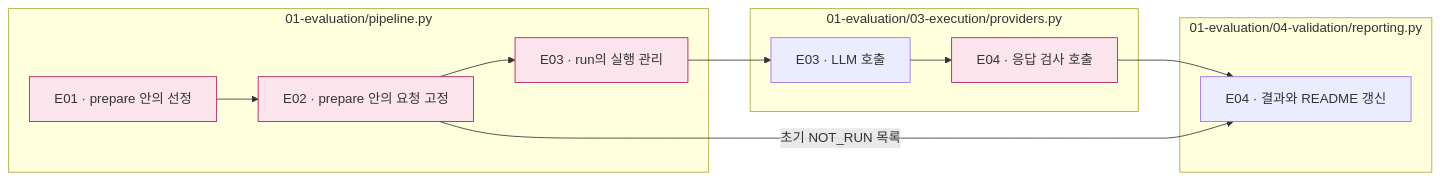
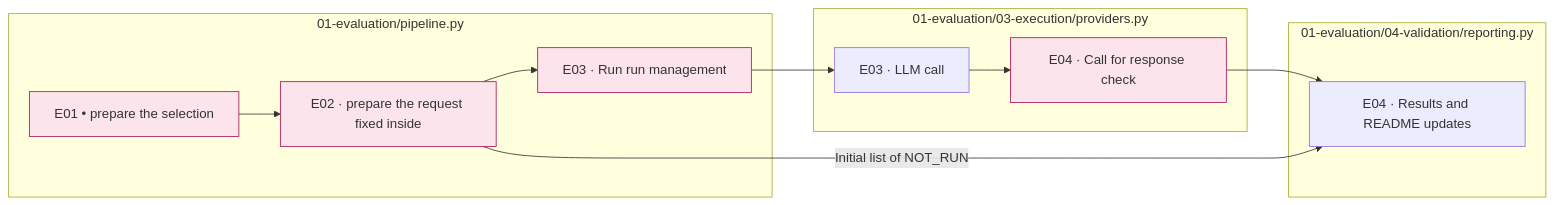
One commit to pnu-clink/finject changed the diagram in src/finarch/documentation/templates/stages/02-experiments/01_evaluation/README.md. Above: the diagram before and after it, drawn with Mermaid. The commit also changed other lines of this file and 644 other files, not shown here.

````diff
--- a/src/finarch/documentation/templates/stages/02-experiments/01_evaluation/README.md
+++ b/src/finarch/documentation/templates/stages/02-experiments/01_evaluation/README.md
@@ -28,21 +28,21 @@
 ```mermaid
 flowchart LR
  subgraph P["01-evaluation/pipeline.py"]
-  E1["E01 · prepare 안의 선정"] --> E2["E02 · prepare 안의 요청 고정"] --> E3["E03 · run의 실행 관리"]
+  E1["E01 • prepare the selection"] --> E2["E02 · prepare the request fixed inside"] --> E3["E03 · Run run management"]
  end
  subgraph C["01-evaluation/03-execution/providers.py"]
-  L["E03 · LLM 호출"] --> V["E04 · 응답 검사 호출"]
+  L["E03 · LLM call"] --> V["E04 · Call for response check"]
  end
  subgraph R["01-evaluation/04-validation/reporting.py"]
-  O["E04 · 결과와 README 갱신"]
+  O["E04 · Results and README updates"]
  end
  E3 --> L
  V --> O
- E2 -->|초기 NOT_RUN 목록| O
+ E2 -->|Initial list of NOT_RUN| O
  classDef detail fill:#fce4ec,stroke:#ad1457;
  class E1,E2,E3,V detail;
- click E1 "01_preparation/README.md" "준비 상세"
- click E2 "02_request/README.md" "요청 상세"
- click E3 "03_execution/README.md" "실행 상세"
- click V "04_validation/README.md" "검사 상세"
+ click E1 "01_preparation/README.md" "Ready for the details."
+ click E2 "02_request/README.md" "Request details"
+ click E3 "03_execution/README.md" "Detailed execution"
+ click V "04_validation/README.md" "Exam details"
 ```
````
